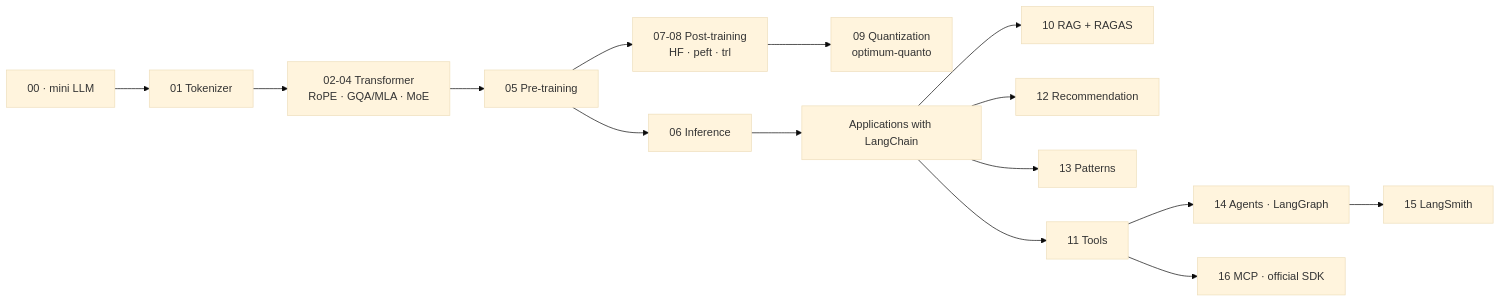
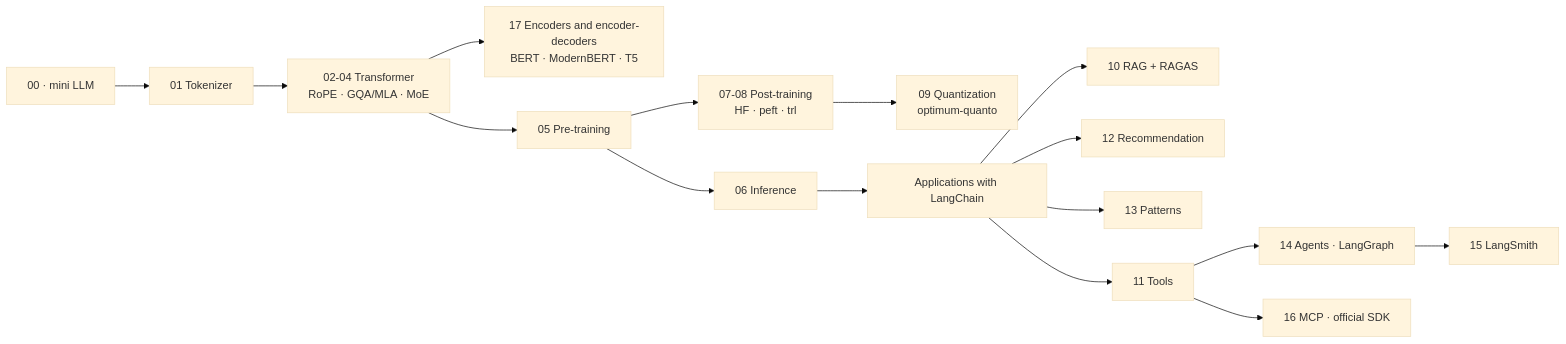
Before and after one commit to ZoodiacR/llm-edu-suite: the diagram in docs/en/README.md, drawn with Mermaid (base theme). The commit also changed other lines of this file and 21 other files, not shown here.

First line of the commit message:
Notebook 17: encoders and encoder-decoders (Sprint 1 closes as v2.2)

````diff
--- a/docs/en/README.md
+++ b/docs/en/README.md
@@ -36,17 +38,18 @@
 ```mermaid
 flowchart LR
     Z[00 · mini LLM] --> B[01 Tokenizer]
     B --> C[02-04 Transformer<br/>RoPE · GQA/MLA · MoE]
+    C --> Q["17 Encoders and encoder-decoders<br/>BERT · ModernBERT · T5"]
     C --> D[05 Pre-training]
     D --> E[06 Inference]
     D --> F["07-08 Post-training<br/>HF · peft · trl"]
     F --> G["09 Quantization<br/>optimum-quanto"]
     E --> H[Applications with LangChain]
     H --> I["10 RAG + RAGAS"]
     H --> K[12 Recommendation]
     H --> L[13 Patterns]
     H --> J[11 Tools]
     J --> M["14 Agents · LangGraph"]
     J --> N["16 MCP · official SDK"]
     M --> O["15 LangSmith"]
 ```
````
